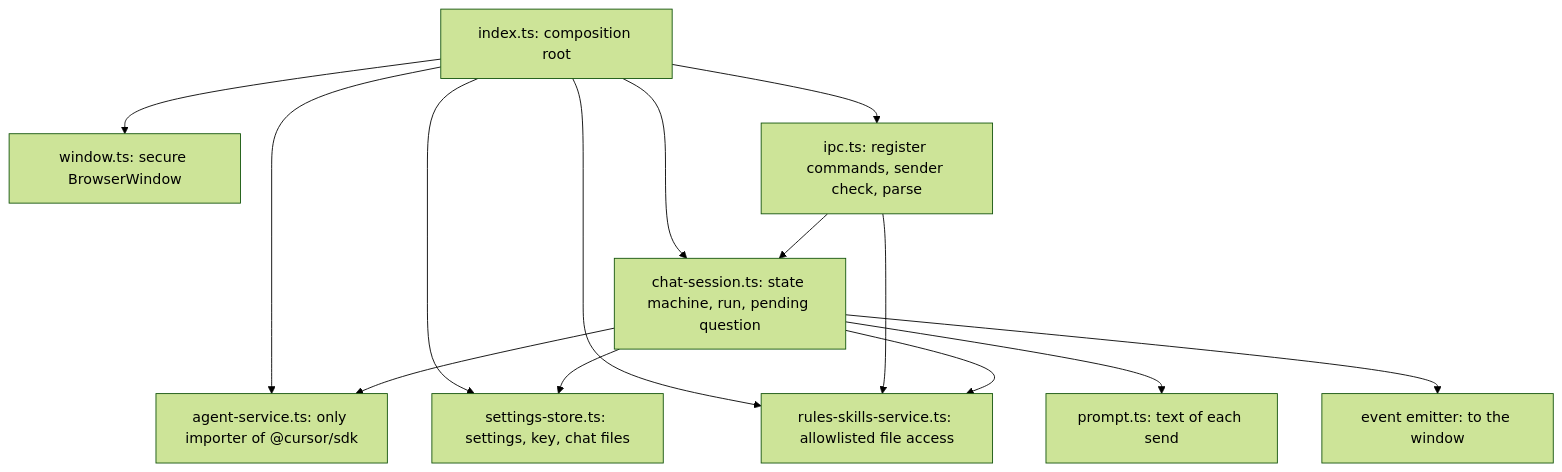
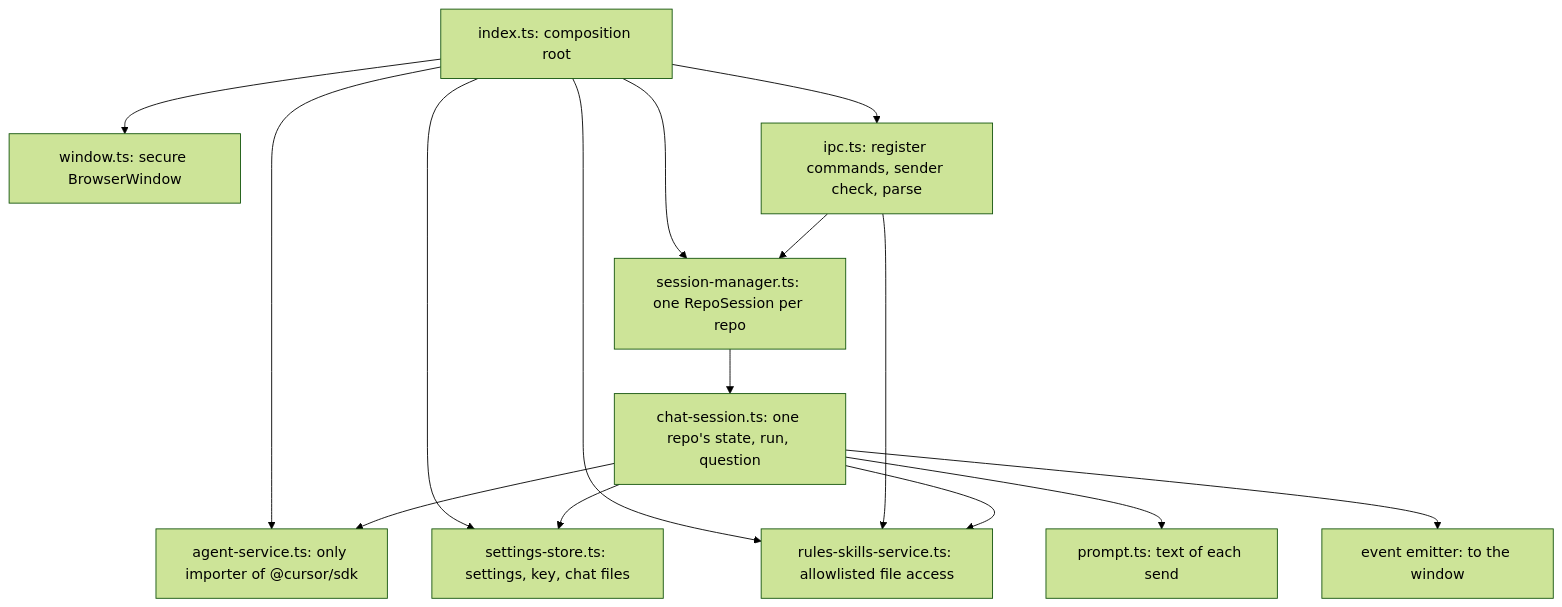
The second of 2 diagrams in docs/architecture.md (valentin-barakov/flowFE), drawn with Mermaid (forest theme) before and after one commit. The commit also changed other lines of this file and 29 other files, not shown here.

First line of the commit message:
Add one chat per repo in a workspace.

````diff
--- a/docs/architecture.md
+++ b/docs/architecture.md
@@ -26,16 +26,17 @@
 ```mermaid
 flowchart TB
     Index["index.ts: composition root"] --> Window["window.ts: secure BrowserWindow"]
     Index --> Ipc["ipc.ts: register commands, sender check, parse"]
     Index --> Settings["settings-store.ts: settings, key, chat files"]
     Index --> Files["rules-skills-service.ts: allowlisted file access"]
     Index --> Agent["agent-service.ts: only importer of @cursor/sdk"]
-    Index --> Session["chat-session.ts: state machine, run, pending question"]
-    Ipc --> Session
+    Index --> Manager["session-manager.ts: one RepoSession per repo"]
+    Ipc --> Manager
+    Manager --> Session["chat-session.ts: one repo's state, run, question"]
     Ipc --> Files
     Session --> Agent
     Session --> Settings
     Session --> Files
     Session --> Prompt["prompt.ts: text of each send"]
     Session --> Events["event emitter: to the window"]
 ```
````
